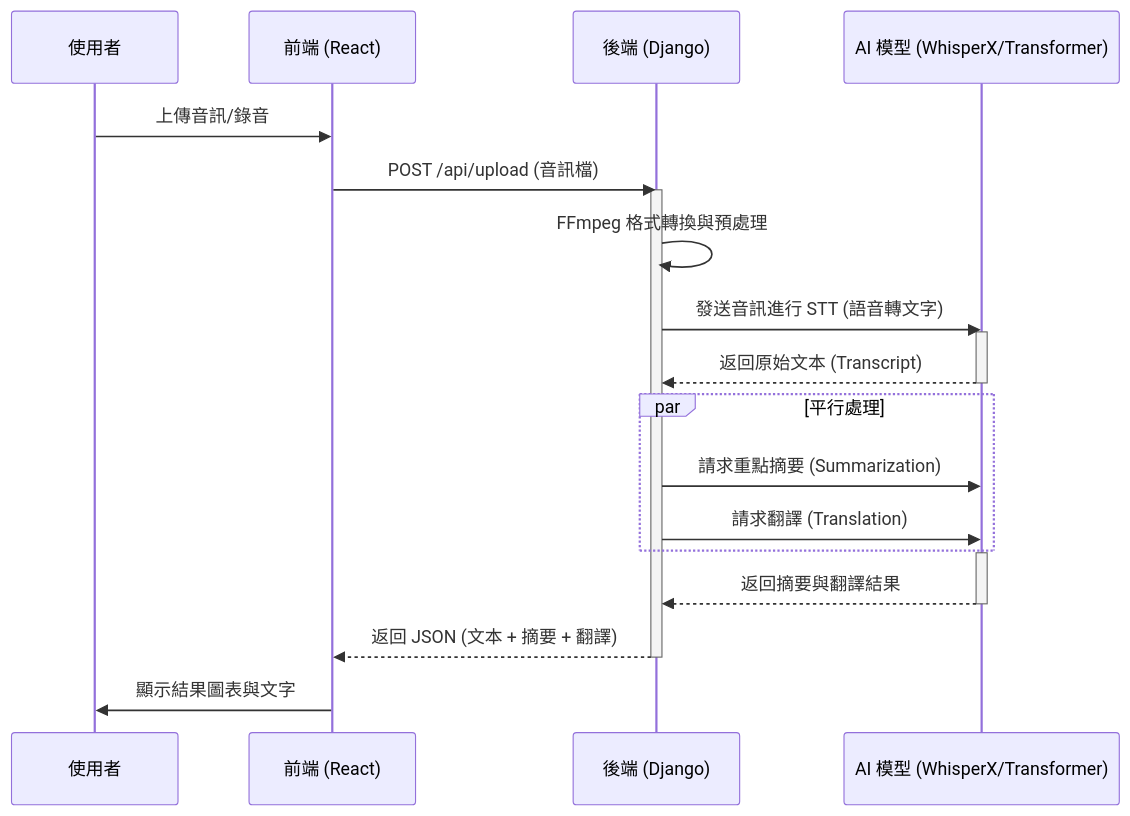
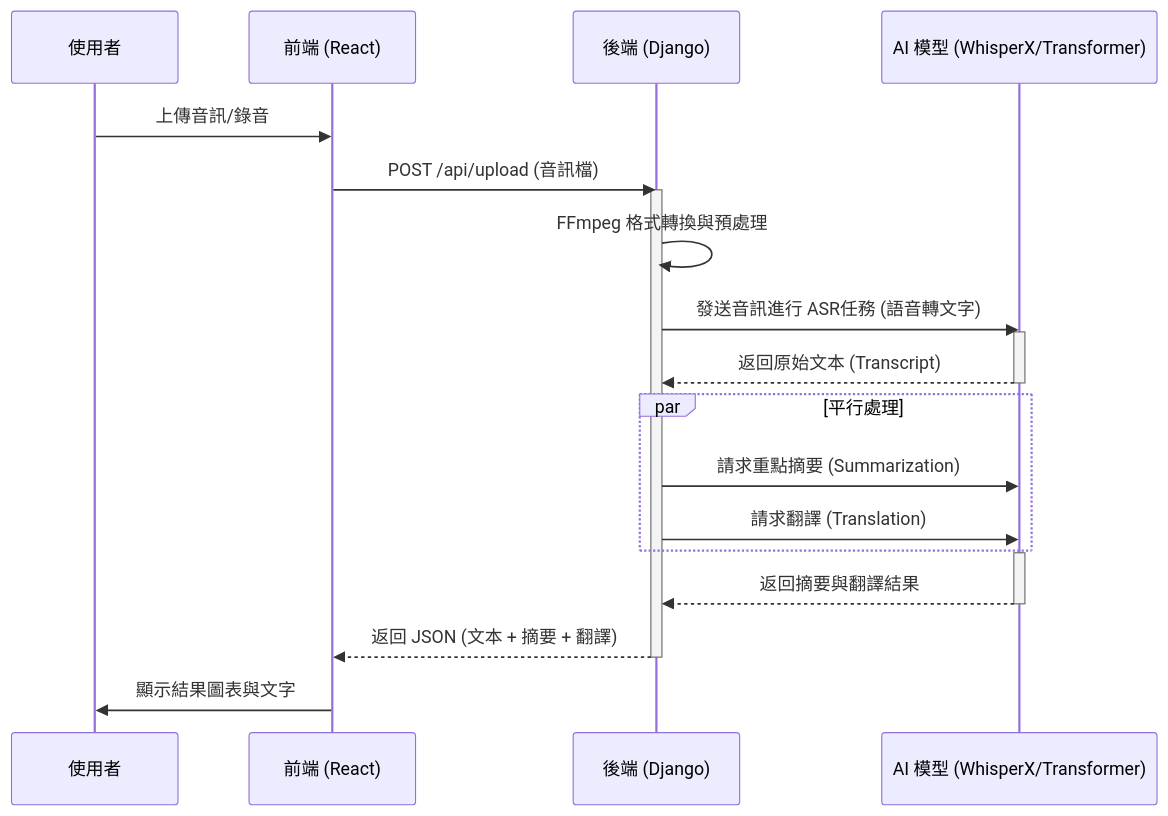
One commit to shu498/SASDteam3 changed the diagram in README.md. Above: the diagram before and after it, drawn with Mermaid.

````diff
--- a/README.md
+++ b/README.md
@@ -22,29 +22,29 @@
 ``` mermaid
 sequenceDiagram
     participant User as 使用者
     participant FE as 前端 (React)
     participant BE as 後端 (Django)
     participant AI as AI 模型 (WhisperX/Transformer)
 
     User->>FE: 上傳音訊/錄音
     FE->>BE: POST /api/upload (音訊檔)
     activate BE
     BE->>BE: FFmpeg 格式轉換與預處理
-    BE->>AI: 發送音訊進行 STT (語音轉文字)
+    BE->>AI: 發送音訊進行 ASR任務 (語音轉文字)
     activate AI
     AI-->>BE: 返回原始文本 (Transcript)
     deactivate AI
     
     par 平行處理
         BE->>AI: 請求重點摘要 (Summarization)
         BE->>AI: 請求翻譯 (Translation)
     end
     
     activate AI
     AI-->>BE: 返回摘要與翻譯結果
     deactivate AI
 
     BE-->>FE: 返回 JSON (文本 + 摘要 + 翻譯)
     deactivate BE
     FE->>User: 顯示結果圖表與文字
 ```
````
